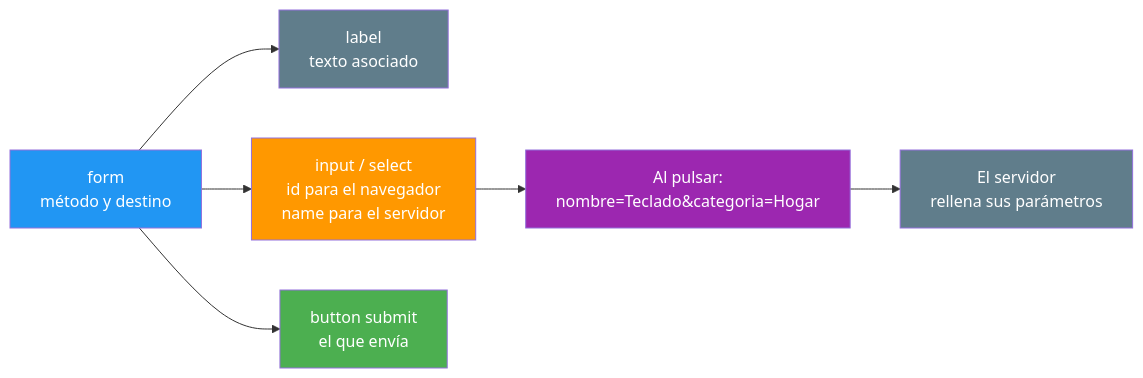
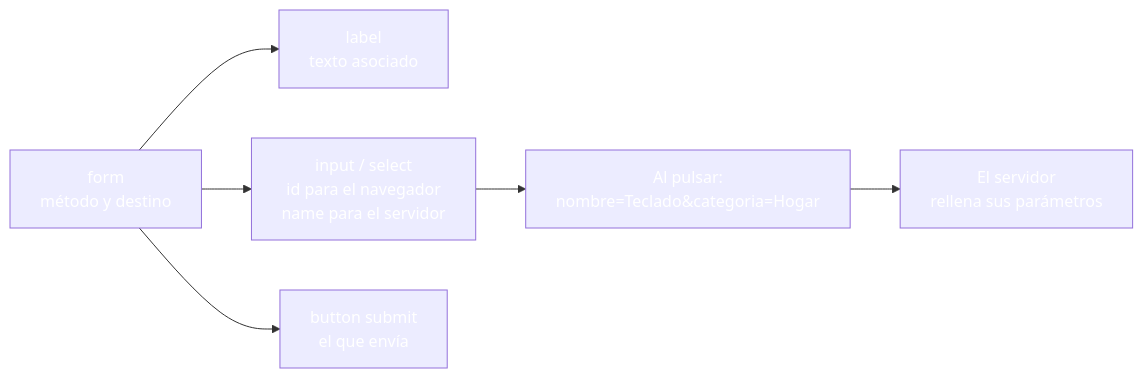
One commit to joseluisgs/DesarrolloWebEntornosServidor-03-2026-2027 changed the first of 3 diagrams in 13-formularios-web.md. Above: the diagram before and after it, drawn with Mermaid. The commit also changed other lines of this file and 30 other files, not shown here.

````diff
--- a/13-formularios-web.md
+++ b/13-formularios-web.md
@@ -67,14 +67,14 @@
 ```mermaid
 graph LR
     A["form<br/>método y destino"] --> B["label<br/>texto asociado"]
     A --> C["input / select<br/>id para el navegador<br/>name para el servidor"]
     A --> D["button submit<br/>el que envía"]
     C --> E["Al pulsar:<br/>nombre=Teclado&categoria=Hogar"]
     E --> F["El servidor<br/>rellena sus parámetros"]
-    style A fill:#2196F3,color:#fff
-    style B fill:#607D8B,color:#fff
-    style C fill:#FF9800,color:#fff
-    style D fill:#4CAF50,color:#fff
-    style E fill:#9C27B0,color:#fff
-    style F fill:#607D8B,color:#fff
+    style A fill:#2196F,color:#fff3,color:#fff
+    style B fill:#607D8,color:#fffB,color:#fff
+    style C fill:#FF980,color:#fff0,color:#fff
+    style D fill:#4CAF5,color:#fff0,color:#fff
+    style E fill:#9C27B,color:#fff0,color:#fff
+    style F fill:#607D8,color:#fffB,color:#fff
 ```
````
